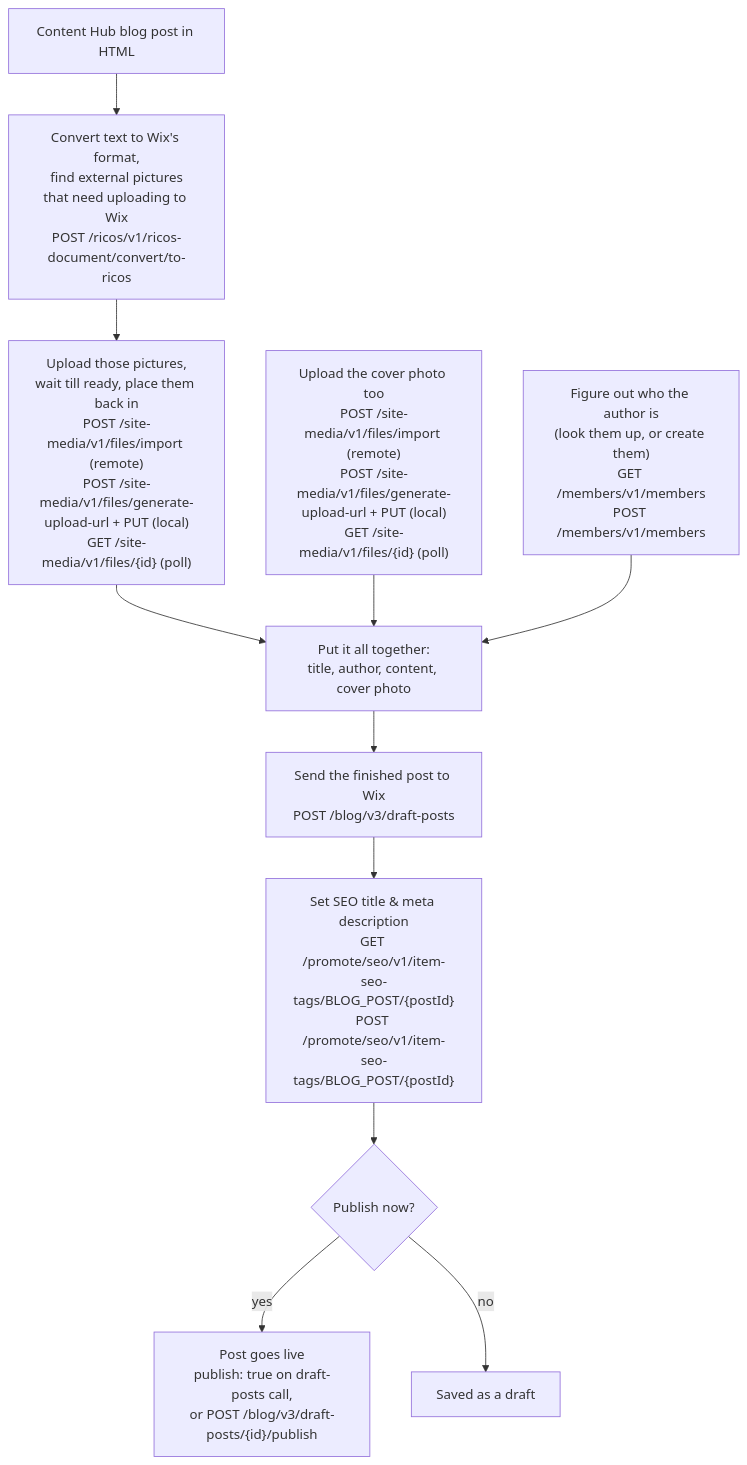
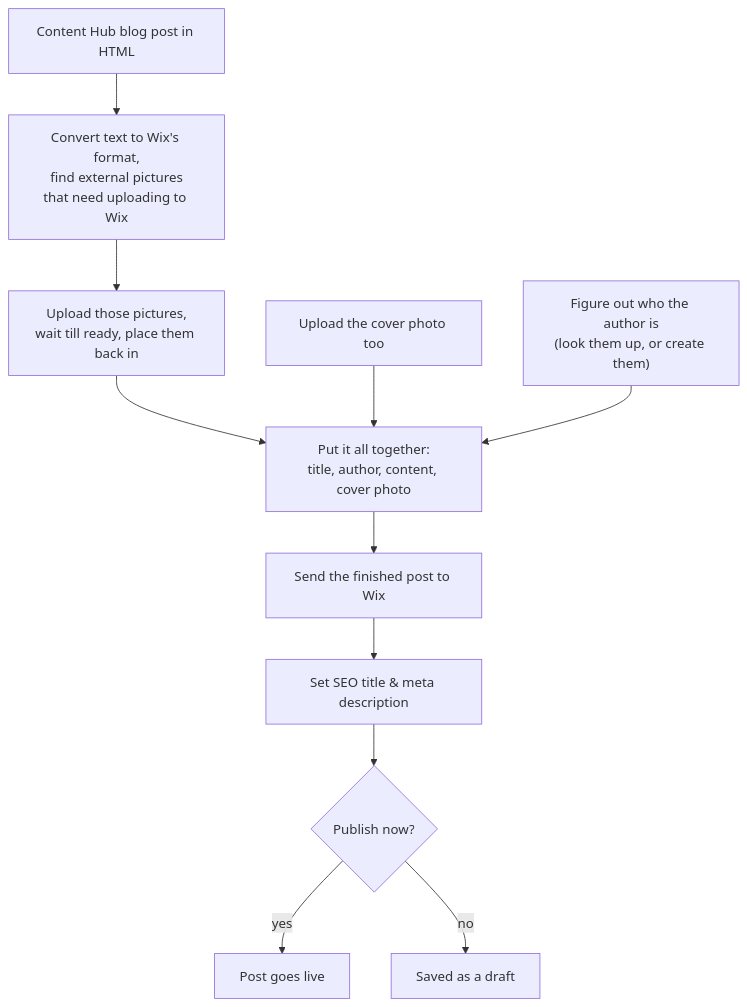
One commit to Frontend-Falcon/wix-demo changed the second of 2 diagrams in docs/wix-blog-publish-guide.md. Above: the diagram before and after it, drawn with Mermaid. The commit also changed other lines of this file, not shown here.

````diff
--- a/docs/wix-blog-publish-guide.md
+++ b/docs/wix-blog-publish-guide.md
@@ -50,14 +50,14 @@
 ```mermaid
 flowchart TD
     A["Content Hub blog post in HTML"] --> E
-    E["Convert text to Wix's format,\nfind external pictures\nthat need uploading to Wix\nPOST /ricos/v1/ricos-document/convert/to-ricos"] --> C
-    C["Upload those pictures,\nwait till ready, place them back in\nPOST /site-media/v1/files/import (remote)\nPOST /site-media/v1/files/generate-upload-url + PUT (local)\nGET /site-media/v1/files/{id} (poll)"] --> H
-    Cover["Upload the cover photo too\nPOST /site-media/v1/files/import (remote)\nPOST /site-media/v1/files/generate-upload-url + PUT (local)\nGET /site-media/v1/files/{id} (poll)"] --> H
-    G["Figure out who the author is\n(look them up, or create them)\nGET /members/v1/members\nPOST /members/v1/members"] --> H
+    E["Convert text to Wix's format,\nfind external pictures\nthat need uploading to Wix"] --> C
+    C["Upload those pictures,\nwait till ready, place them back in"] --> H
+    Cover["Upload the cover photo too"] --> H
+    G["Figure out who the author is\n(look them up, or create them)"] --> H
     H["Put it all together:\ntitle, author, content, cover photo"]
-    H --> J["Send the finished post to Wix\nPOST /blog/v3/draft-posts"]
-    J --> N["Set SEO title & meta description\nGET /promote/seo/v1/item-seo-tags/BLOG_POST/{postId}\nPOST /promote/seo/v1/item-seo-tags/BLOG_POST/{postId}"]
+    H --> J["Send the finished post to Wix"]
+    J --> N["Set SEO title & meta description"]
     N --> K{"Publish now?"}
-    K -->|yes| L["Post goes live\npublish: true on draft-posts call,\nor POST /blog/v3/draft-posts/{id}/publish"]
+    K -->|yes| L["Post goes live"]
     K -->|no| M["Saved as a draft"]
 ```
````
